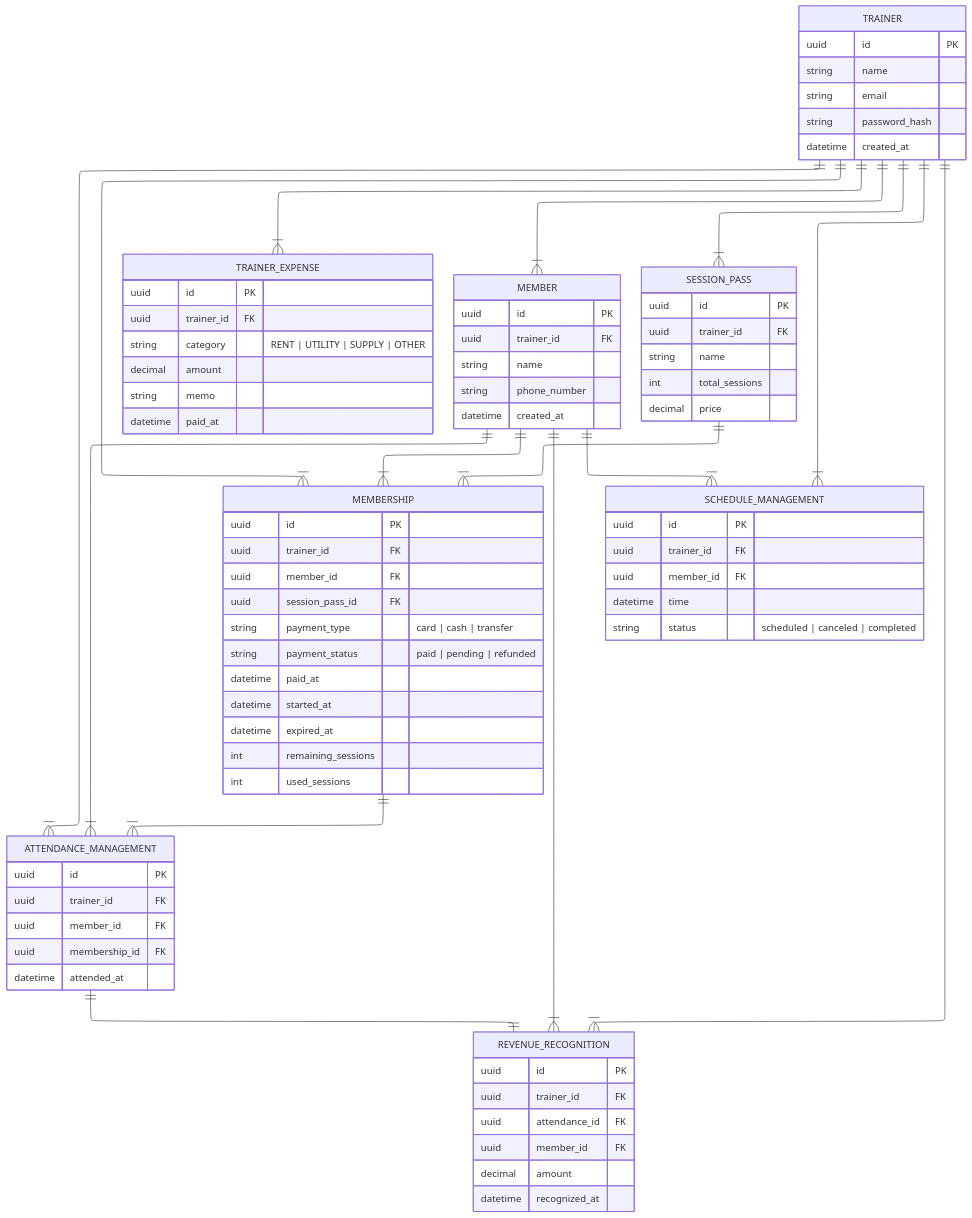
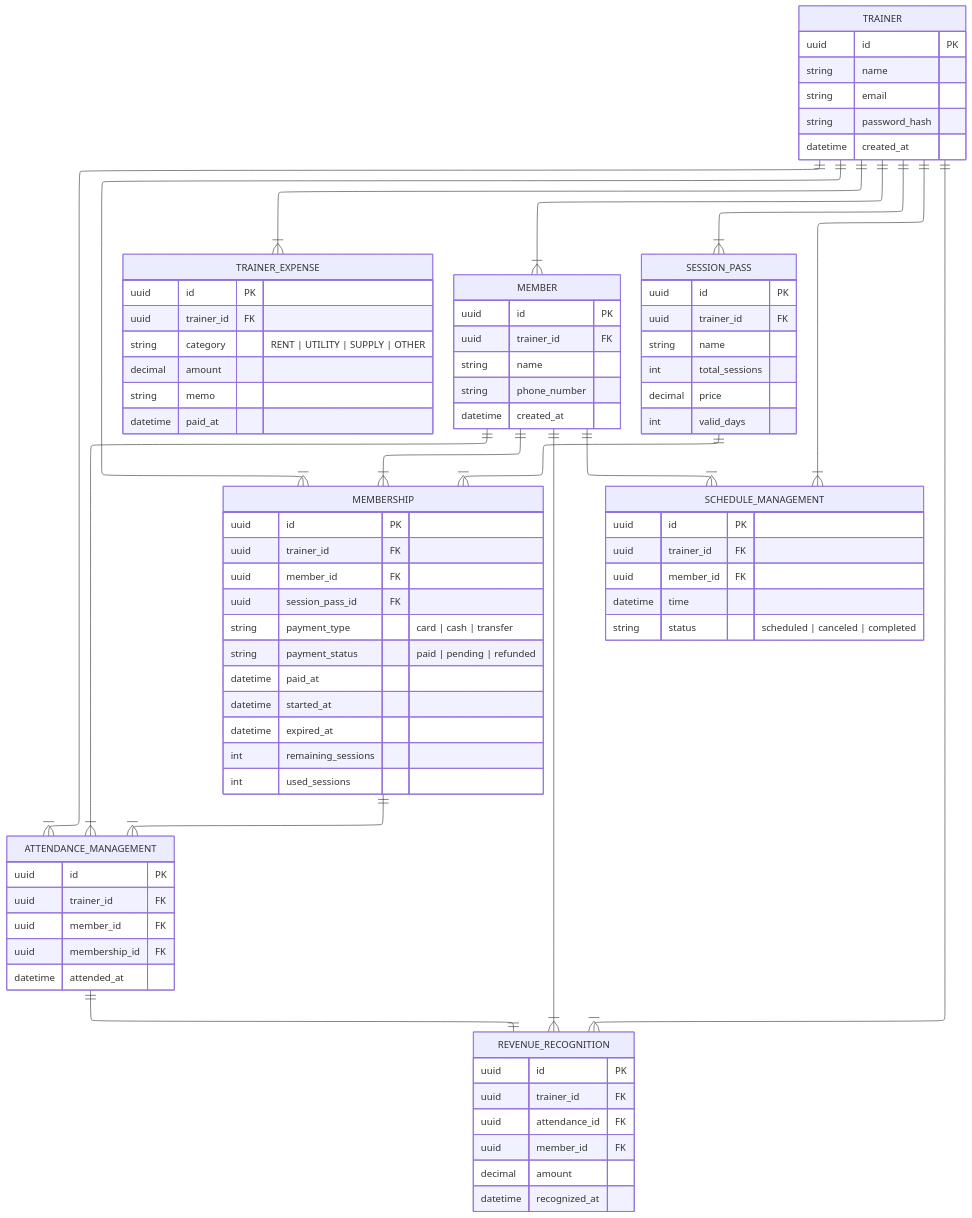
One commit to wonkr/pt-studio-api changed the diagram in docs/erdesign.md. Above: the diagram before and after it, drawn with Mermaid.

Commit message:
update: add valid_days column to SESSION_PASS

```diff
--- a/docs/erdesign.md
+++ b/docs/erdesign.md
@@ -39,6 +39,7 @@
 		string name  ""  
 		int total_sessions  ""  
 		decimal price  ""  
+		int valid_days
 	}
 
 	MEMBERSHIP {
```
